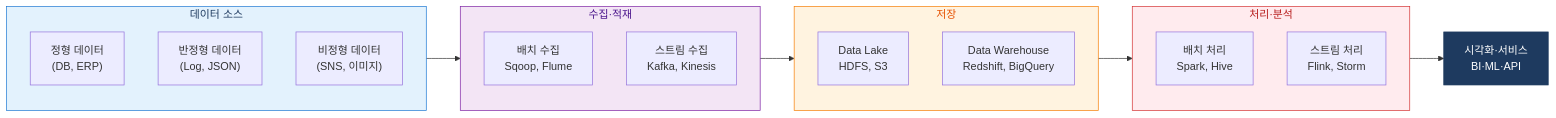
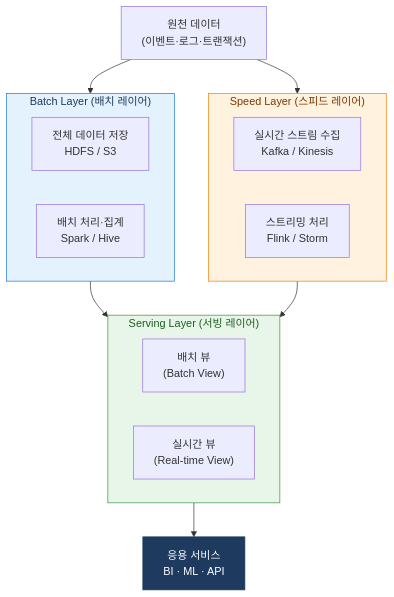
One commit to jeonck/fw-thinking changed the third of 3 diagrams in docs/07-data-ai-governance/bigdata-ref.md. Above: the diagram before and after it, drawn with Mermaid. The commit also changed other lines of this file, not shown here.

Commit message:
Big Data 5V 전면 재작성 - 5V 수렴 다이어그램 및 Lambda Architecture

````diff
--- a/docs/07-data-ai-governance/bigdata-ref.md
+++ b/docs/07-data-ai-governance/bigdata-ref.md
@@ -68,37 +67,35 @@
 ```mermaid
-flowchart LR
-    subgraph SRC["데이터 소스"]
-        direction TB
-        S1["정형 데이터<br/>(DB, ERP)"]
-        S2["반정형 데이터<br/>(Log, JSON)"]
-        S3["비정형 데이터<br/>(SNS, 이미지)"]
+flowchart TD
+    SRC["원천 데이터<br/>(이벤트·로그·트랜잭션)"]
+
+    subgraph BATCH["Batch Layer (배치 레이어)"]
+        direction LR
+        B1["전체 데이터 저장<br/>HDFS / S3"]
+        B2["배치 처리·집계<br/>Spark / Hive"]
     end
 
-    subgraph ING["수집·적재"]
-        direction TB
-        I1["배치 수집<br/>Sqoop, Flume"]
-        I2["스트림 수집<br/>Kafka, Kinesis"]
+    subgraph SPEED["Speed Layer (스피드 레이어)"]
+        direction LR
+        S1["실시간 스트림 수집<br/>Kafka / Kinesis"]
+        S2["스트리밍 처리<br/>Flink / Storm"]
     end
 
-    subgraph STR["저장"]
-        direction TB
-        ST1["Data Lake<br/>HDFS, S3"]
-        ST2["Data Warehouse<br/>Redshift, BigQuery"]
+    subgraph SERVING["Serving Layer (서빙 레이어)"]
+        direction LR
+        SV1["배치 뷰<br/>(Batch View)"]
+        SV2["실시간 뷰<br/>(Real-time View)"]
     end
 
-    subgraph PROC["처리·분석"]
-        direction TB
-        P1["배치 처리<br/>Spark, Hive"]
-        P2["스트림 처리<br/>Flink, Storm"]
-    end
+    APP["응용 서비스<br/>BI · ML · API"]
 
-    VIZ["시각화·서비스<br/>BI·ML·API"]
+    SRC --> BATCH
+    SRC --> SPEED
+    BATCH --> SERVING
+    SPEED --> SERVING
+    SERVING --> APP
 
-    SRC --> ING --> STR --> PROC --> VIZ
-
-    style SRC  fill:#E3F2FD,stroke:#1976D2,color:#1E3A5F
-    style ING  fill:#F3E5F5,stroke:#7B1FA2,color:#4A148C
-    style STR  fill:#FFF3E0,stroke:#F57C00,color:#E65100
-    style PROC fill:#FFEBEE,stroke:#D32F2F,color:#B71C1C
-    style VIZ  fill:#1E3A5F,stroke:#1E3A5F,color:#fff
+    style BATCH   fill:#E3F2FD,stroke:#1976D2,color:#1E3A5F
+    style SPEED   fill:#FFF3E0,stroke:#F57C00,color:#7C3700
+    style SERVING fill:#E8F5E9,stroke:#388E3C,color:#1B5E20
+    style APP     fill:#1E3A5F,stroke:#1E3A5F,color:#fff
 ```
````
